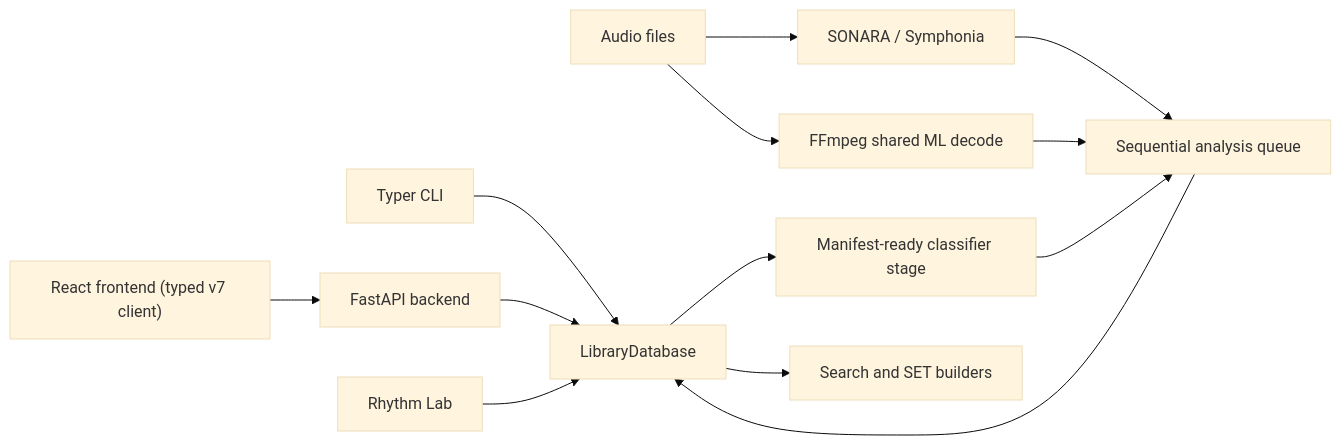
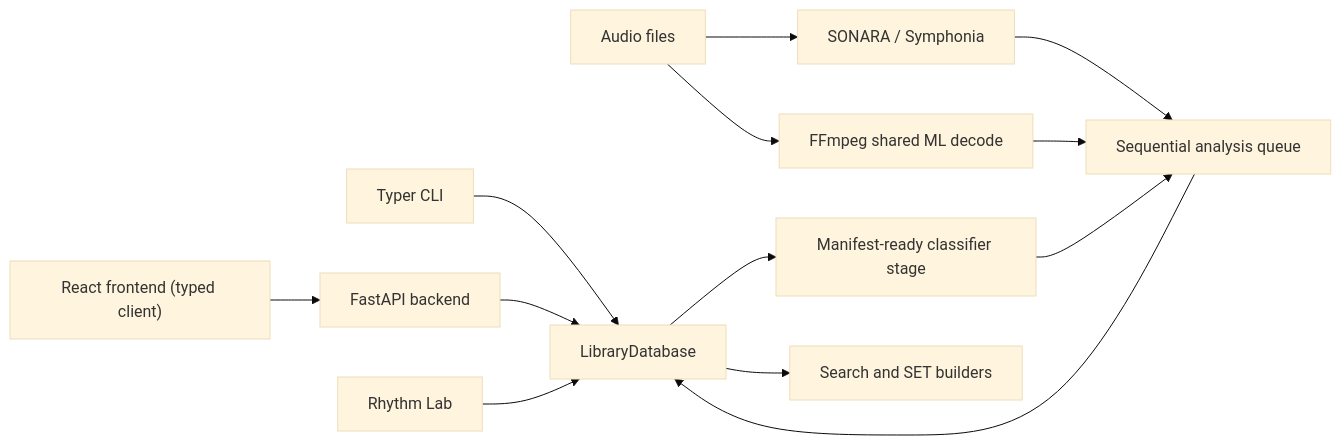
The diagram in docs/dj-track-similarity/developer/architecture.md (MeteorBurn/dj-track-similarity), drawn with Mermaid (base theme) before and after one commit. The commit also changed other lines of this file and 322 other files, not shown here.

````diff
--- a/docs/dj-track-similarity/developer/architecture.md
+++ b/docs/dj-track-similarity/developer/architecture.md
@@ -9,15 +9,15 @@
 ```mermaid
 flowchart LR
     CLI[Typer CLI] --> DB[LibraryDatabase]
     API[FastAPI backend] --> DB
-    UI["React frontend (typed v7 client)"] --> API
+    UI["React frontend (typed client)"] --> API
     Audio[Audio files] --> Sonara[SONARA / Symphonia]
     Audio --> FFmpeg[FFmpeg shared ML decode]
     Sonara --> Queue[Sequential analysis queue]
     FFmpeg --> Queue
     Queue --> DB
     DB --> Classifiers[Manifest-ready classifier stage]
     Classifiers --> Queue
     DB --> Search[Search and SET builders]
     Lab[Rhythm Lab] --> DB
 ```
````
